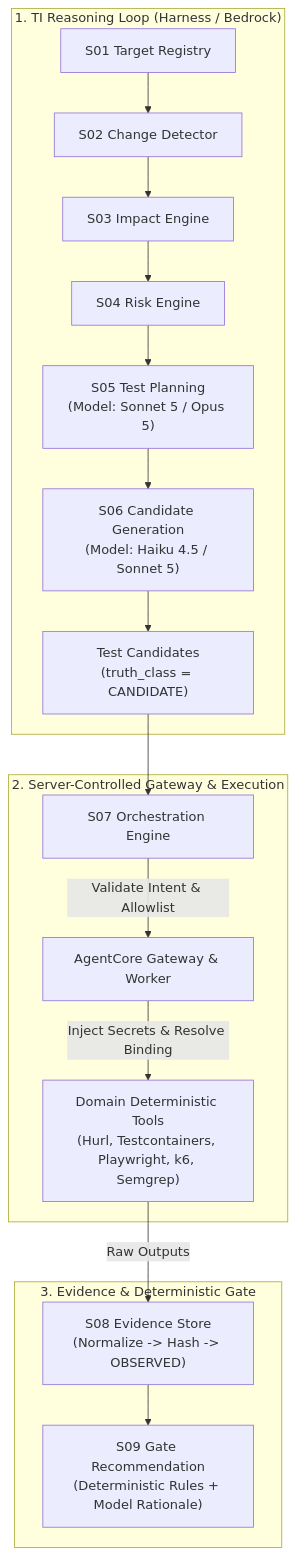
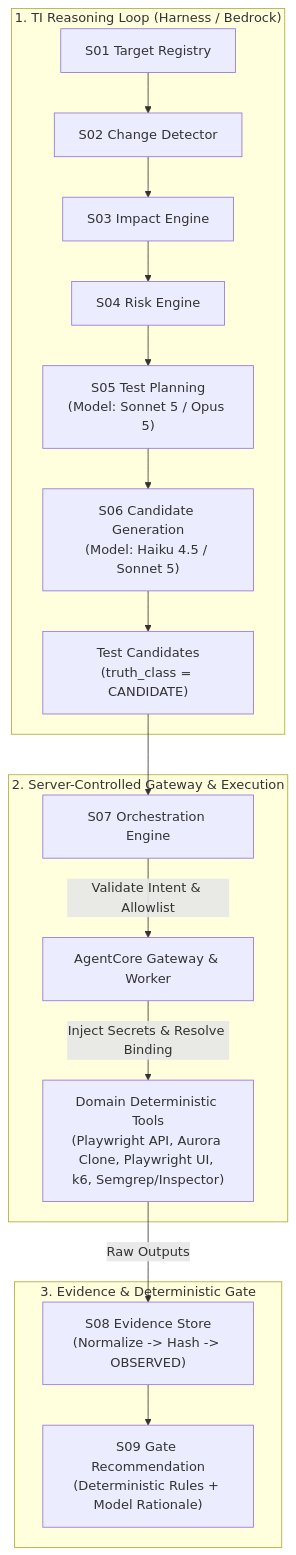
One commit to BuiThanhNghiaDTU19122004/TestIntelligent_doc changed the first of 2 diagrams in Research/Task_3_AI-Prompt_Research.md. Above: the diagram before and after it, drawn with Mermaid. The commit also changed other lines of this file and 1 other file, not shown here.

````diff
--- a/Research/Task_3_AI-Prompt_Research.md
+++ b/Research/Task_3_AI-Prompt_Research.md
@@ -79,22 +79,22 @@
 ```mermaid
 flowchart TD
   subgraph S01_S06 ["1. TI Reasoning Loop (Harness / Bedrock)"]
     S01["S01 Target Registry"] --> S02["S02 Change Detector"]
     S02 --> S03["S03 Impact Engine"]
     S03 --> S04["S04 Risk Engine"]
     S04 --> S05["S05 Test Planning\n(Model: Sonnet 5 / Opus 5)"]
     S05 --> S06["S06 Candidate Generation\n(Model: Haiku 4.5 / Sonnet 5)"]
     S06 --> TC["Test Candidates\n(truth_class = CANDIDATE)"]
   end
 
   subgraph S07_Orchestration ["2. Server-Controlled Gateway & Execution"]
     TC --> S07["S07 Orchestration Engine"]
     S07 -->|Validate Intent & Allowlist| GTW["AgentCore Gateway & Worker"]
-    GTW -->|Inject Secrets & Resolve Binding| EXEC["Domain Deterministic Tools\n(Hurl, Testcontainers, Playwright, k6, Semgrep)"]
+    GTW -->|Inject Secrets & Resolve Binding| EXEC["Domain Deterministic Tools\n(Playwright API, Aurora Clone, Playwright UI, k6, Semgrep/Inspector)"]
   end
 
   subgraph S08_S09 ["3. Evidence & Deterministic Gate"]
     EXEC -->|Raw Outputs| S08["S08 Evidence Store\n(Normalize -> Hash -> OBSERVED)"]
     S08 --> S09["S09 Gate Recommendation\n(Deterministic Rules + Model Rationale)"]
   end
 ```
````
